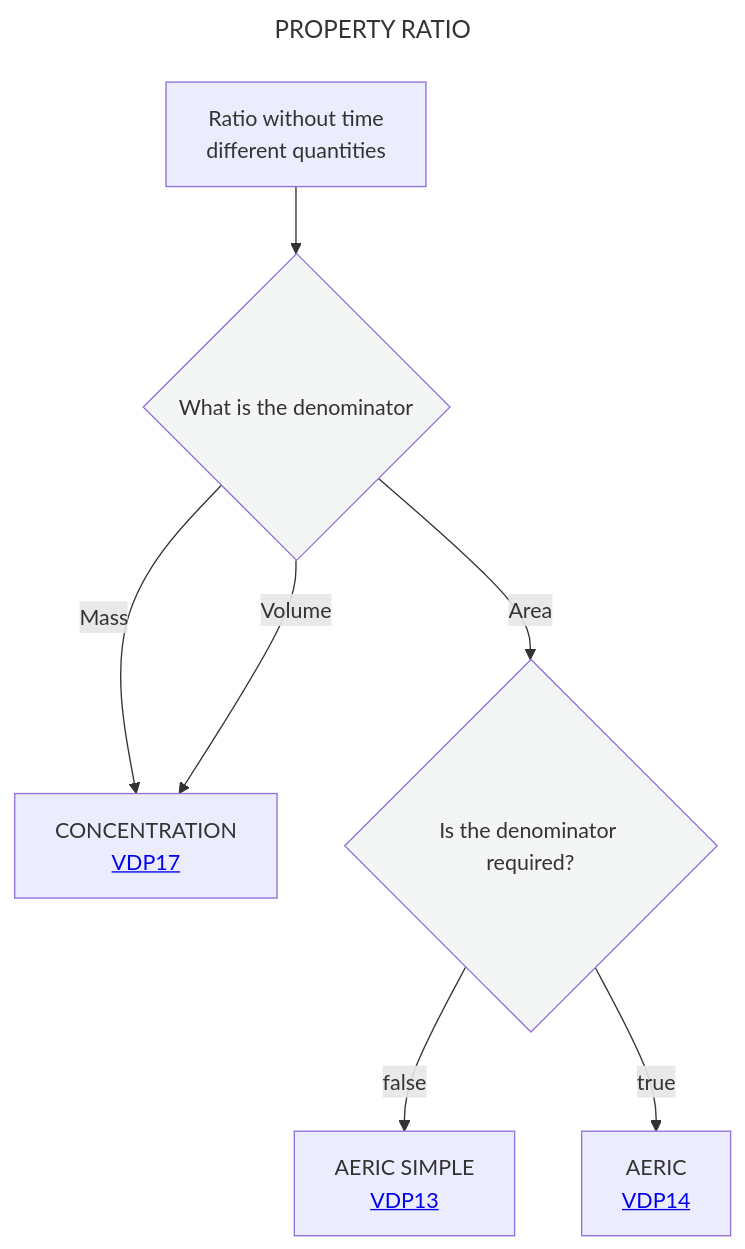
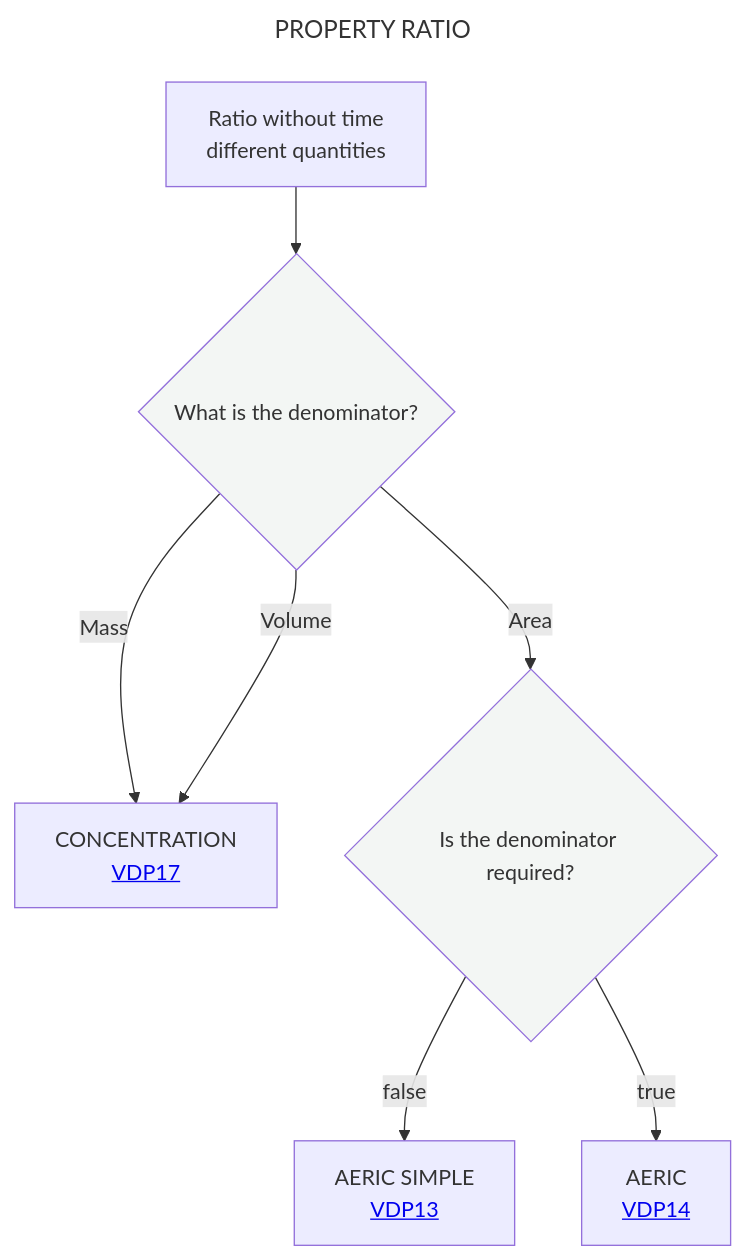
The diagram in Decisition_trees/DT4.mmd (mabablue/I-ADOPT-patterns-playground), drawn with Mermaid before and after one commit.

```diff
--- a/Decisition_trees/DT4.mmd
+++ b/Decisition_trees/DT4.mmd
@@ -1,14 +1,14 @@
 ---
 title: PROPERTY RATIO
 ---
 flowchart TD
-    A[Ratio without time <br> different quantities] --> B{What is the denominator}:::white
+    A[Ratio without time <br> different quantities] --> B{What is the denominator?}:::white
     B -- Mass --> T[CONCENTRATION <br> <a href='https://github.com/mabablue/I-ADOPT-patterns-playground/blob/main/pattern/VDP17.yaml'>VDP17</a>]
     B -- Volume --> T
     B -- Area --> C{Is the denominator required?}:::white 
     C --> |false|V[AERIC SIMPLE <br> <a href='https://github.com/mabablue/I-ADOPT-patterns-playground/blob/main/pattern/VDP13.yaml'>VDP13</a>]
     C --> |true|X[AERIC <br> <a href='https://github.com/mabablue/I-ADOPT-patterns-playground/blob/main/pattern/VDP14.yaml'>VDP14</a>]
    classDef blue fill:#90D5FF
    classDef satblue fill:#57B9FF 
    classDef white fill:#f3f6f4
    classDef green fill:#6aa84f
```
